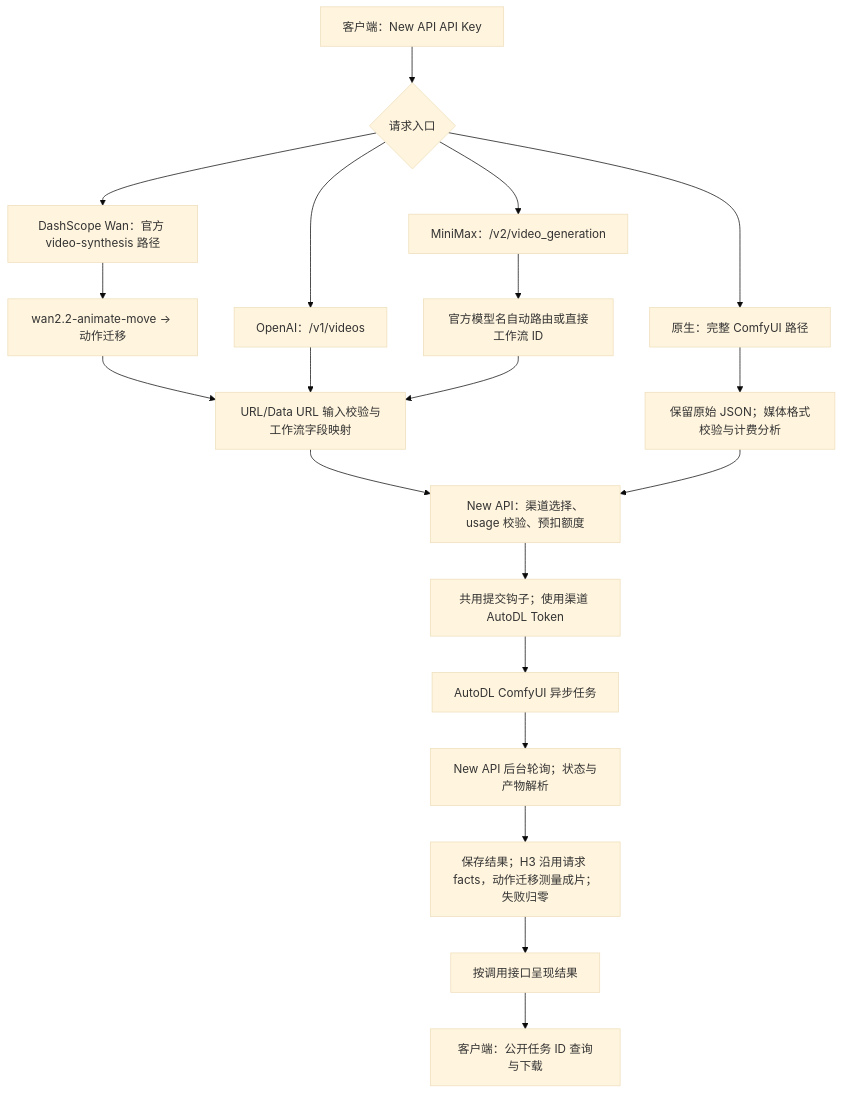
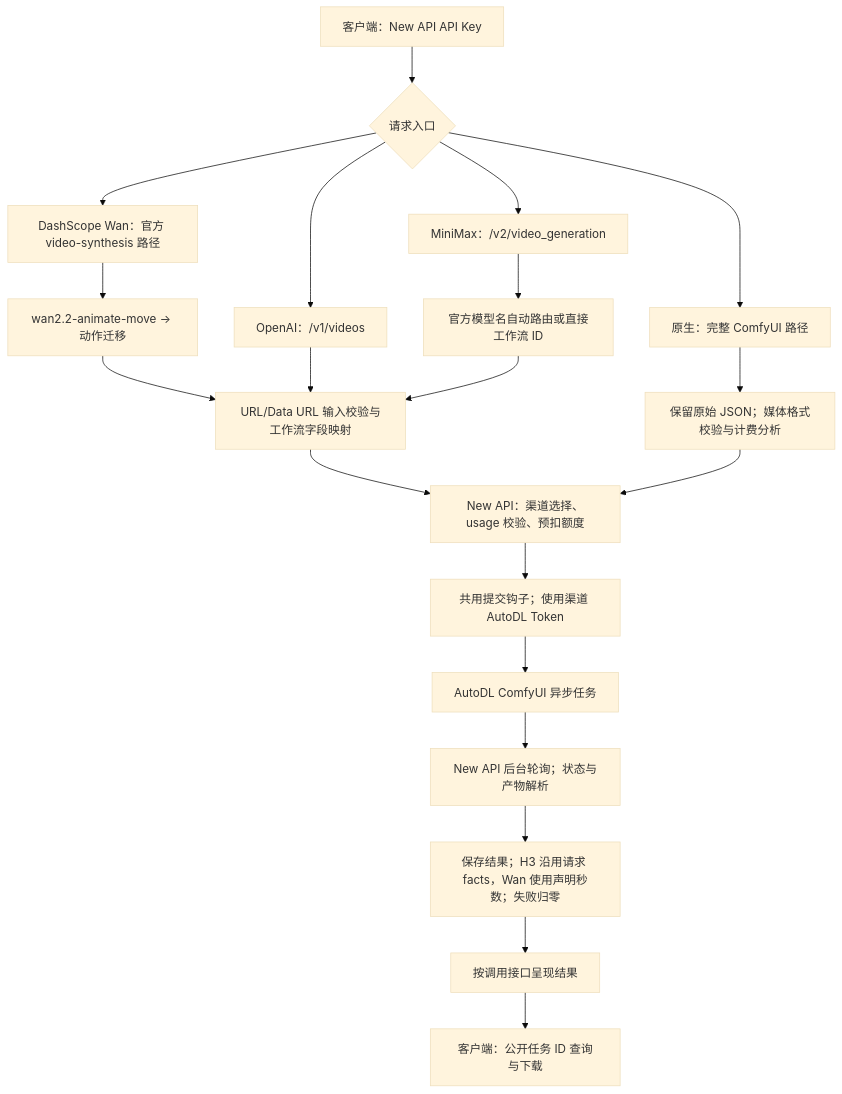
One commit to yiyinfaith/new-api-plugin-autodl changed the diagram in README.md. Above: the diagram before and after it, drawn with Mermaid (base theme). The commit also changed other lines of this file and 11 other files, not shown here.

````diff
--- a/README.md
+++ b/README.md
@@ -31,22 +31,22 @@
 ```mermaid
 flowchart TD
     Client["客户端：New API API Key"] --> Entry{"请求入口"}
     Entry --> OpenAI["OpenAI：/v1/videos"]
     Entry --> MiniMax["MiniMax：/v2/video_generation"]
     Entry --> Native["原生：完整 ComfyUI 路径"]
     Entry --> Dash["DashScope Wan：官方 video-synthesis 路径"]
     Dash --> Motion["wan2.2-animate-move → 动作迁移"]
     Motion --> Map
     OpenAI --> Map["URL/Data URL 输入校验与工作流字段映射"]
     MiniMax --> Route["官方模型名自动路由或直接工作流 ID"]
     Route --> Map
     Native --> Sidecar["保留原始 JSON；媒体格式校验与计费分析"]
     Map --> Host["New API：渠道选择、usage 校验、预扣额度"]
     Sidecar --> Host
     Host --> Submit["共用提交钩子；使用渠道 AutoDL Token"]
     Submit --> Vendor["AutoDL ComfyUI 异步任务"]
     Vendor --> Poll["New API 后台轮询；状态与产物解析"]
-    Poll --> Settle["保存结果；H3 沿用请求 facts，动作迁移测量成片；失败归零"]
+    Poll --> Settle["保存结果；H3 沿用请求 facts，Wan 使用声明秒数；失败归零"]
     Settle --> Render["按调用接口呈现结果"]
     Render --> Query["客户端：公开任务 ID 查询与下载"]
 ```
````
